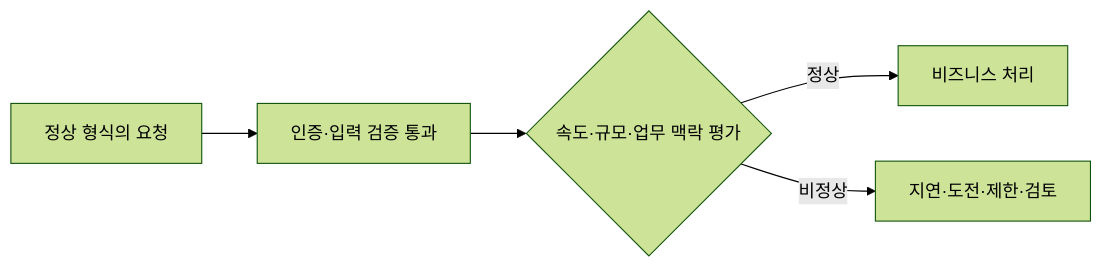
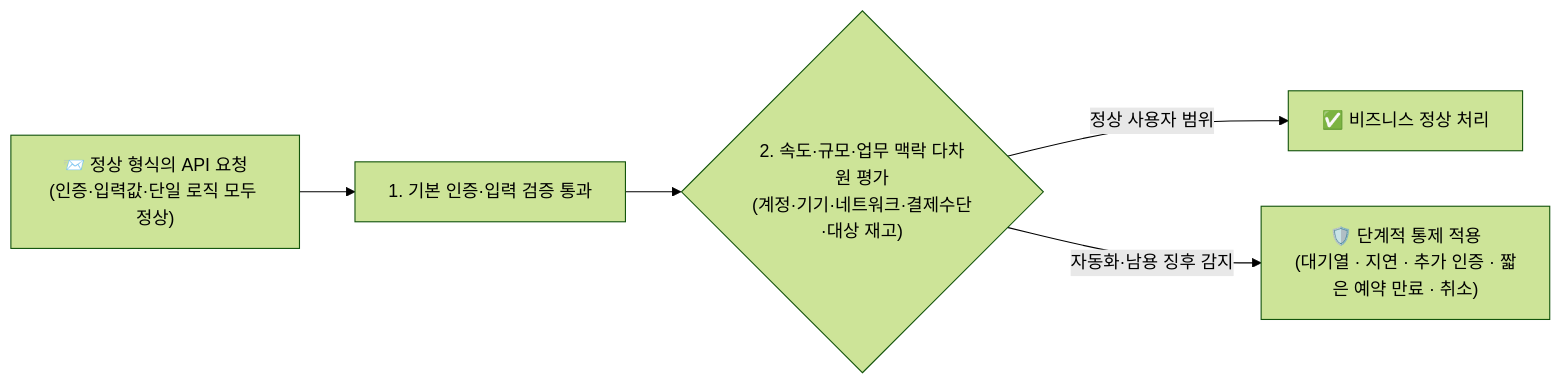
One commit to gooyong-sec/gooyong-sec.github.io changed the first of 2 diagrams in content/웹취약점/웹 취약점 진단 — 비즈니스 플로우 남용과 봇 방어 우회(API6).md. Above: the diagram before and after it, drawn with Mermaid (forest theme). The commit also changed other lines of this file and 68 other files, not shown here.

````diff
--- a/content/웹취약점/웹 취약점 진단 — 비즈니스 플로우 남용과 봇 방어 우회(API6).md
+++ b/content/웹취약점/웹 취약점 진단 — 비즈니스 플로우 남용과 봇 방어 우회(API6).md
@@ -23,7 +21,7 @@
 ```mermaid
 flowchart LR
-    A["정상 형식의 요청"] --> B["인증·입력 검증 통과"]
-    B --> C{"속도·규모·업무 맥락 평가"}
-    C -->|"정상"| D["비즈니스 처리"]
-    C -->|"비정상"| E["지연·도전·제한·검토"]
+    Req["📨 정상 형식의 API 요청<br/>(인증·입력값·단일 로직 모두 정상)"] --> Auth["1. 기본 인증·입력 검증 통과"]
+    Auth --> Context{"2. 속도·규모·업무 맥락 다차원 평가<br/>(계정·기기·네트워크·결제수단·대상 재고)"}
+    Context -->|"정상 사용자 범위"| Pass["✅ 비즈니스 정상 처리"]
+    Context -->|"자동화·남용 징후 감지"| StepUp["🛡️ 단계적 통제 적용<br/>(대기열 · 지연 · 추가 인증 · 짧은 예약 만료 · 취소)"]
 ```
````
